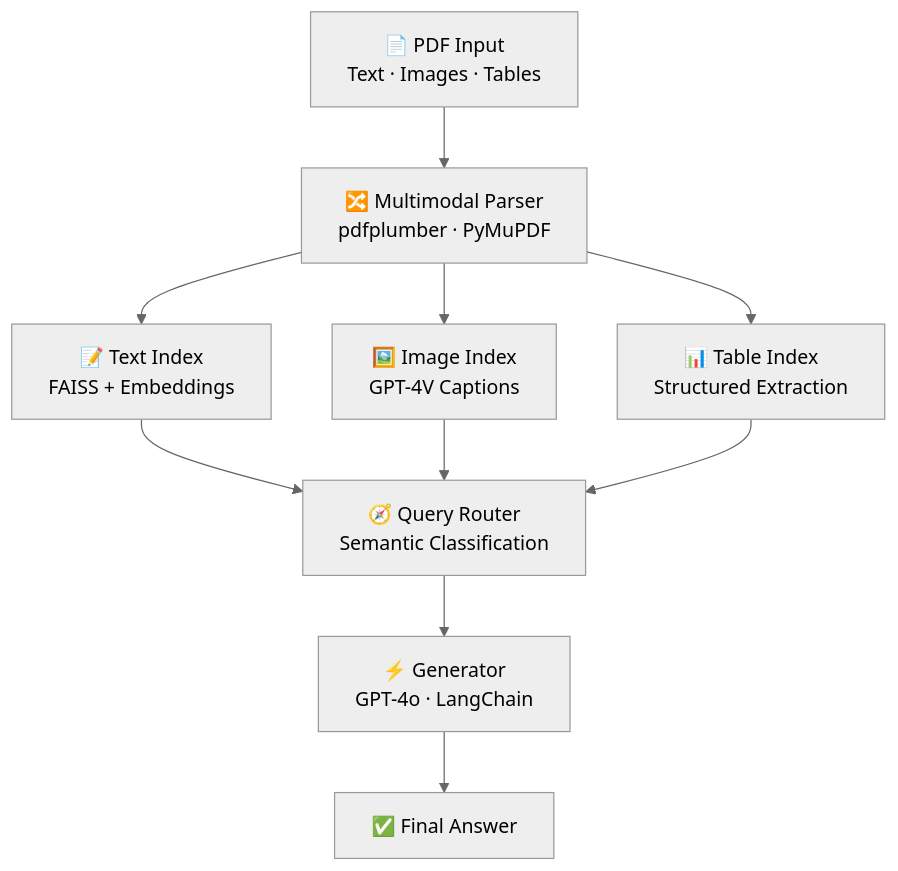
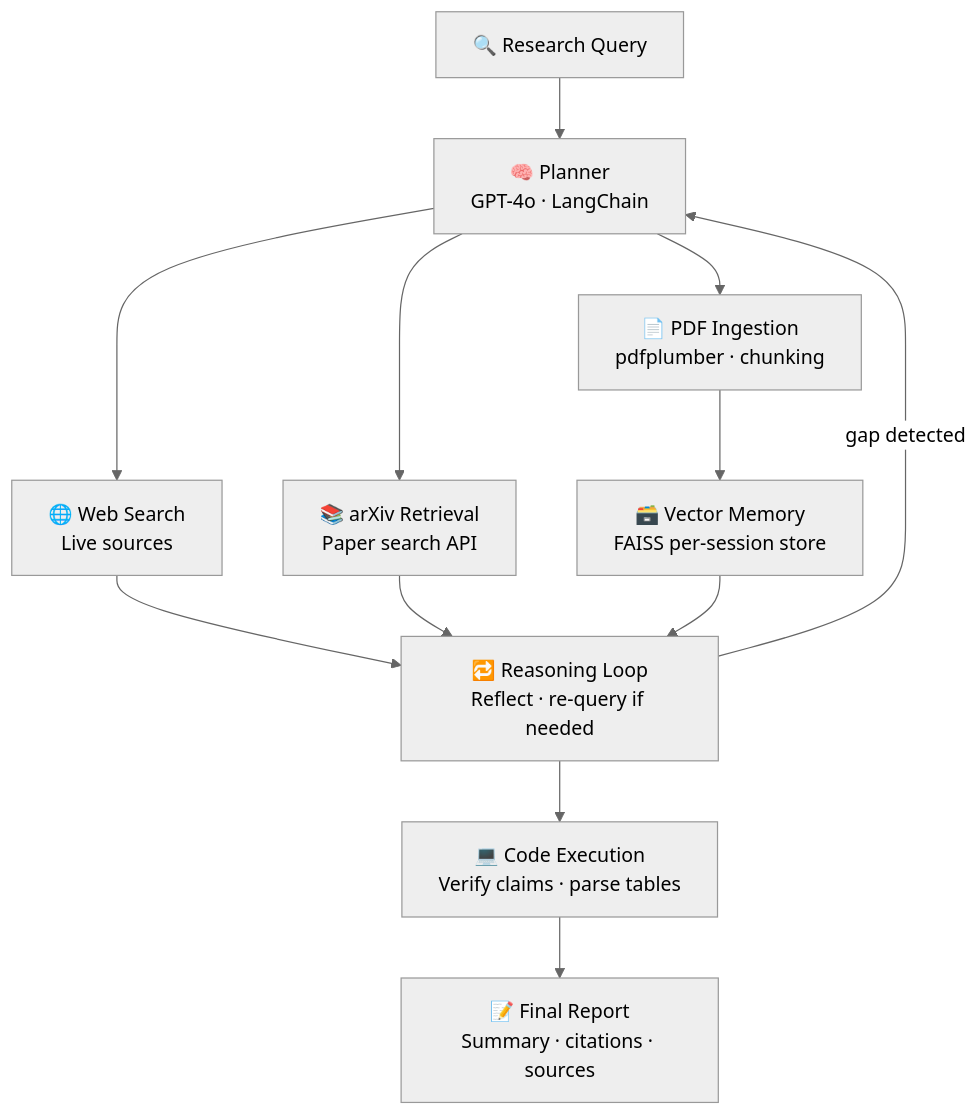
The diagram in README.md (MohitKB22/MohitKB22), drawn with Mermaid (neutral theme) before and after one commit. The commit also changed other lines of this file, not shown here.

````diff
--- a/README.md
+++ b/README.md
@@ -90,21 +93,24 @@
 ```mermaid
 flowchart TD
-    A["📄 PDF Input\nText · Images · Tables"]
-    B["🔀 Multimodal Parser\npdfplumber · PyMuPDF"]
-    C1["📝 Text Index\nFAISS + Embeddings"]
-    C2["🖼️ Image Index\nGPT-4V Captions"]
-    C3["📊 Table Index\nStructured Extraction"]
-    D["🧭 Query Router\nSemantic Classification"]
-    E["⚡ Generator\nGPT-4o · LangChain"]
-    F["✅ Final Answer"]
+    A["🔍 Research Query"]
+    B["🧠 Planner\nGPT-4o · LangChain"]
+    C1["🌐 Web Search\nLive sources"]
+    C2["📚 arXiv Retrieval\nPaper search API"]
+    C3["📄 PDF Ingestion\npdfplumber · chunking"]
+    D["🗃️ Vector Memory\nFAISS per-session store"]
+    E["🔁 Reasoning Loop\nReflect · re-query if needed"]
+    F["💻 Code Execution\nVerify claims · parse tables"]
+    G["📝 Final Report\nSummary · citations · sources"]
 
     A --> B
     B --> C1
     B --> C2
     B --> C3
-    C1 --> D
-    C2 --> D
     C3 --> D
+    C1 --> E
+    C2 --> E
     D --> E
     E --> F
+    F --> G
+    E -->|gap detected| B
 ```
````
